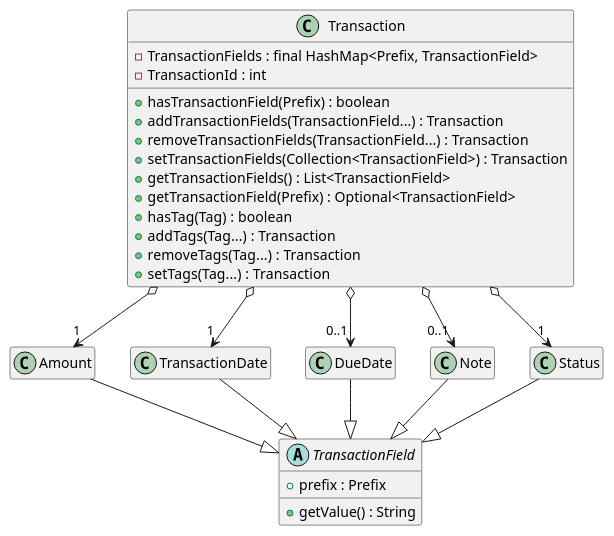
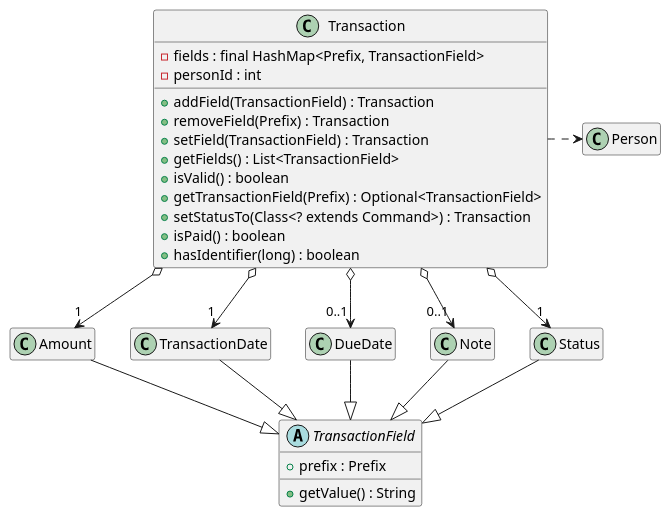
The diagram in docs/diagrams/TransactionClassDiagram.puml (nus-cs2103-AY2122S2/tp), drawn with PlantUML before and after one commit. The commit also changed 1 other file, not shown here.

Commit message:
add transaction class uml diagram

```diff
--- a/docs/diagrams/TransactionClassDiagram.puml
+++ b/docs/diagrams/TransactionClassDiagram.puml
@@ -1,49 +1,49 @@
 @startuml
 hide empty members
 
 class Transaction {
-    - TransactionFields : final HashMap<Prefix, TransactionField>
-    - TransactionId : int
+    - fields : final HashMap<Prefix, TransactionField>
+    - personId : int
 
-    + hasTransactionField(Prefix) : boolean
-    + addTransactionFields(TransactionField...) : Transaction
-    + removeTransactionFields(TransactionField...) : Transaction
-    + setTransactionFields(Collection<TransactionField>) : Transaction
-    + getTransactionFields() : List<TransactionField>
+    + addField(TransactionField) : Transaction
+    + removeField(Prefix) : Transaction
+    + setField(TransactionField) : Transaction
+    + getFields() : List<TransactionField>
+    + isValid() : boolean
     + getTransactionField(Prefix) : Optional<TransactionField>
-    + hasTag(Tag) : boolean
-    + addTags(Tag...) : Transaction
-    + removeTags(Tag...) : Transaction
-    + setTags(Tag...) : Transaction
+    + setStatusTo(Class<? extends Command>) : Transaction
+    + isPaid() : boolean
+    + hasIdentifier(long) : boolean
 }
 
 class Transaction {
 
 }
 
 abstract class TransactionField {
     + prefix : Prefix
 
     + getValue() : String
 }
 
 class Amount
 class TransactionDate
 class DueDate
 class Note
 class Status
 
 Transaction o--> "1" Amount
 Transaction o--> "1" TransactionDate
 Transaction o--> "0..1" DueDate
 Transaction o--> "0..1" Note
 Transaction o--> "1" Status
 
 Amount --|> TransactionField
 TransactionDate --|> TransactionField
 DueDate --|> TransactionField
 Note --|> TransactionField
 Status --|> TransactionField
 
+Transaction .right.> Person
 
 @enduml
```
